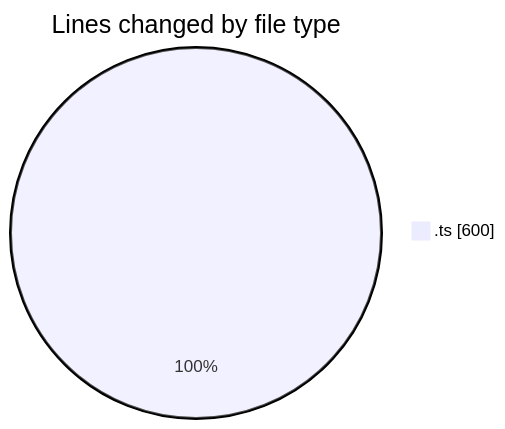
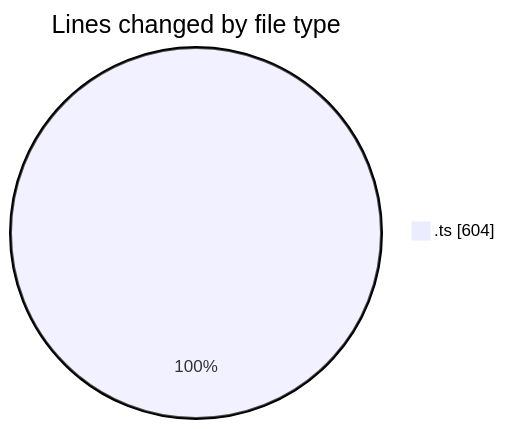
Before and after one commit to ricardozamudiocil/code-tracking: the first of 2 diagrams in 2026-09-17/cilwebcustomercomunicationfront/README.md, drawn with Mermaid. The commit also changed other lines of this file and 1 other file, not shown here.

````diff
--- a/2026-09-17/cilwebcustomercomunicationfront/README.md
+++ b/2026-09-17/cilwebcustomercomunicationfront/README.md
@@ -20,5 +20,5 @@
 ```mermaid
 pie showData
 title Lines changed by file type
-".ts" : 600
+".ts" : 604
 ```
````
